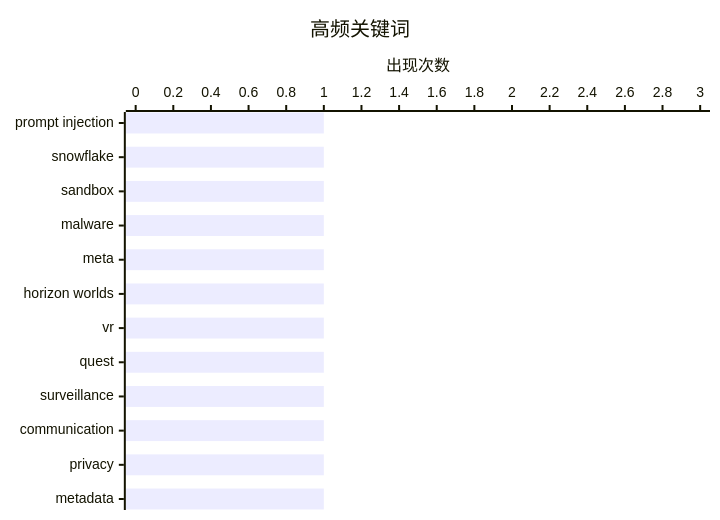
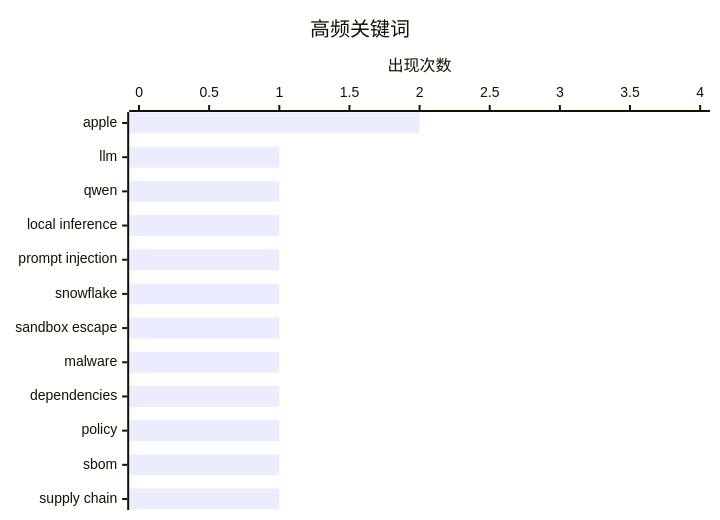
The second of 2 diagrams in content/ai-daily/2026-03-19.md (originem0/SZBlog), drawn with Mermaid before and after one commit. The commit also changed other lines of this file, not shown here.

````diff
--- a/content/ai-daily/2026-03-19.md
+++ b/content/ai-daily/2026-03-19.md
@@ -66,7 +69,7 @@
 ```mermaid
 xychart-beta horizontal
     title "高频关键词"
-    x-axis ["prompt injection", "snowflake", "sandbox", "malware", "meta", "horizon worlds", "vr", "quest", "surveillance", "communication", "privacy", "metadata"]
-    y-axis "出现次数" 0 --> 3
-    bar [1, 1, 1, 1, 1, 1, 1, 1, 1, 1, 1, 1]
+    x-axis ["apple", "llm", "qwen", "local inference", "prompt injection", "snowflake", "sandbox escape", "malware", "dependencies", "policy", "sbom", "supply chain"]
+    y-axis "出现次数" 0 --> 4
+    bar [2, 1, 1, 1, 1, 1, 1, 1, 1, 1, 1, 1]
 ```
````
